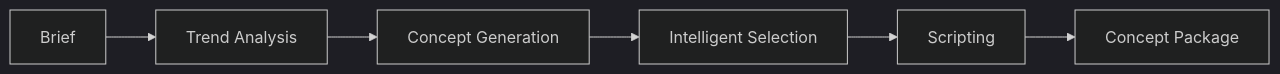
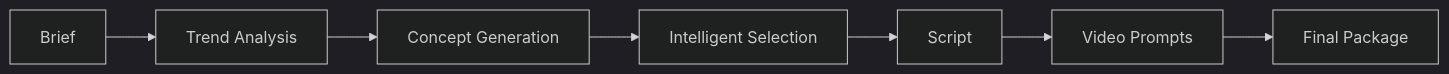
One commit to autsav/youtube_ai_system changed the diagram in README.md. Above: the diagram before and after it, drawn with Mermaid (dark theme). The commit also changed other lines of this file and 59 other files, not shown here.

````diff
--- a/README.md
+++ b/README.md
@@ -16,8 +16,9 @@
 ```mermaid
 graph LR
     A[Brief] --> B[Trend Analysis]
     B --> C[Concept Generation]
     C --> D[Intelligent Selection]
-    D --> E[Scripting]
-    E --> F[Concept Package]
+    D --> E[Script]
+    E --> F[Video Prompts]
+    F --> G[Final Package]
 ```
````
